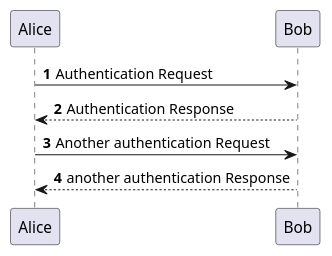
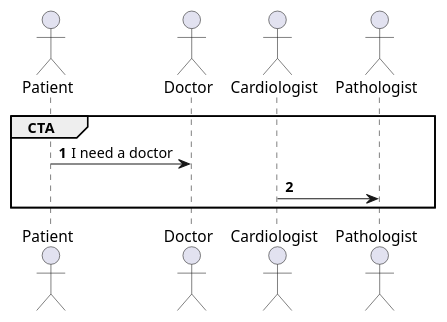
The diagram in images-source/ISAI/ISAI-flow.puml (xmiao/AI.interoperability), drawn with PlantUML before and after one commit.

```diff
--- a/images-source/ISAI/ISAI-flow.puml
+++ b/images-source/ISAI/ISAI-flow.puml
@@ -1,28 +1,38 @@
 @startuml
 'https://plantuml.com/sequence-diagram
 
 autonumber
 
+actor "Patient" as patient
 actor "Doctor" as doctor
-actor "Patient" as patient
 actor "Nurse" as nurse
 actor "Pharmacist" as pharmacist
 actor "Radiologist" as radiologist
 actor "X-Ray Technician" as xraytechnician
 actor "Cardiologist" as cardiologist
 actor "Surgeon" as surgeon
 actor "Anesthesiologist" as anesthesiologist
 actor "Pathologist" as pathologist
 actor "Psychiatrist" as psychiatrist
 actor "Third Party" as thirdparty
-actor "AI algorithm" as aialgorithm
+actor "AI algorithm" as ai
+
+participant RIS as RIS
+participant PACS as PACS
+participant EMR as EMR
+participant ISAI as ISAI
+
 
 hide @unlinked
 
+group CTA
 
-Alice -> Bob: Authentication Request
-Bob --> Alice: Authentication Response
+patient -> doctor: I need a doctor
+cardiologist -> pathologist:
 
-Alice -> Bob: Another authentication Request
-Alice <-- Bob: another authentication Response
+end
+
+
+
+
 @enduml
```
